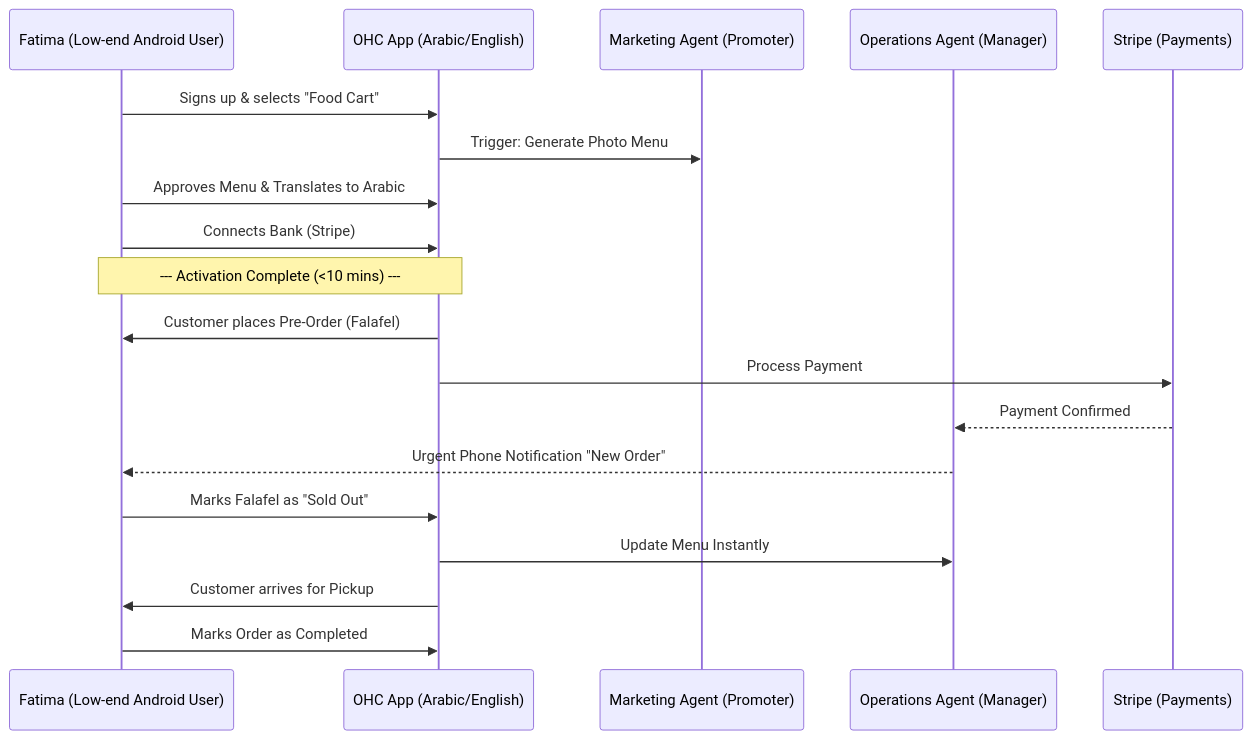
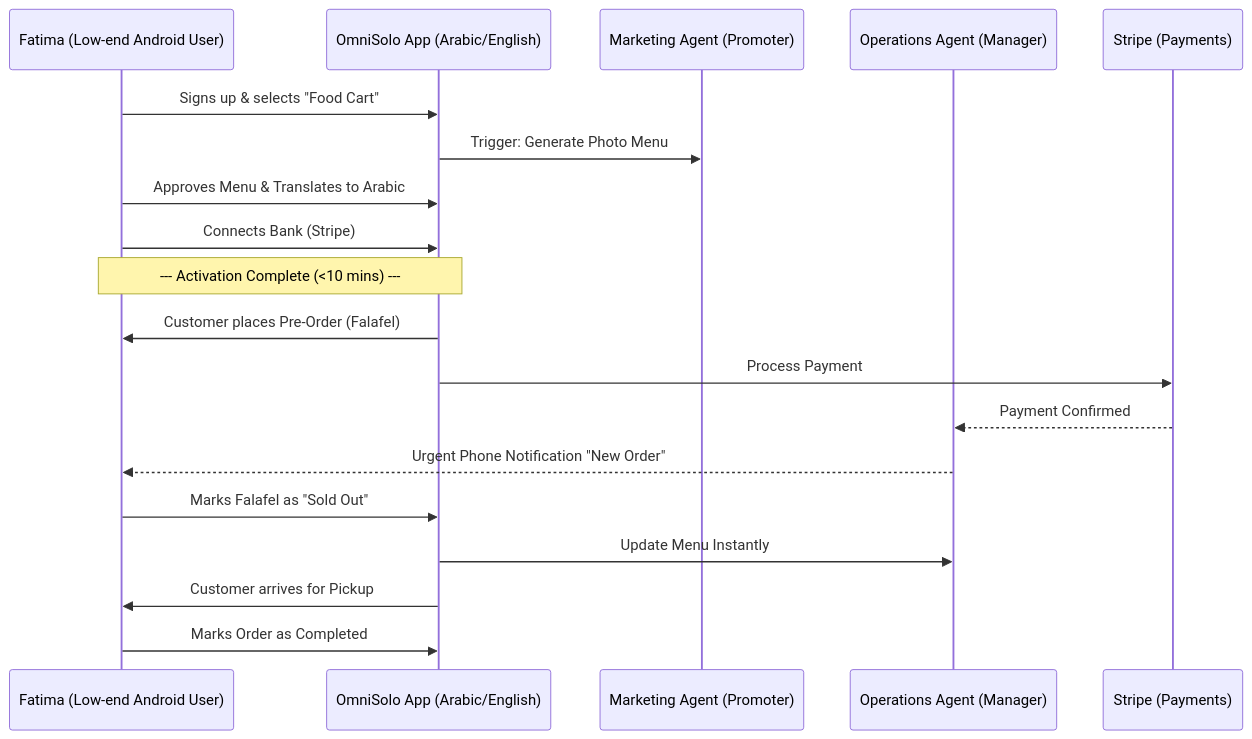
The fifth of 5 diagrams in docs/research/[architecture]_business_journey_design.md (omnisolo-llc/onehumancorp), drawn with Mermaid before and after one commit. The commit also changed other lines of this file and 2191 other files, not shown here.

Commit message:
feat: complete OmniSolo rename and browser audit

````diff
--- a/docs/research/[architecture]_business_journey_design.md
+++ b/docs/research/[architecture]_business_journey_design.md
@@ -165,23 +165,23 @@
 ```mermaid
 sequenceDiagram
     participant F as Fatima (Low-end Android User)
-    participant App as OHC App (Arabic/English)
+    participant App as OmniSolo App (Arabic/English)
     participant MA as Marketing Agent (Promoter)
     participant Op as Operations Agent (Manager)
     participant Stripe as Stripe (Payments)
 
     F->>App: Signs up & selects "Food Cart"
     App->>MA: Trigger: Generate Photo Menu
     F->>App: Approves Menu & Translates to Arabic
     F->>App: Connects Bank (Stripe)
     Note over F, App: --- Activation Complete (<10 mins) ---
 
     App->>F: Customer places Pre-Order (Falafel)
     App->>Stripe: Process Payment
     Stripe-->>Op: Payment Confirmed
     Op-->>F: Urgent Phone Notification "New Order"
     F->>App: Marks Falafel as "Sold Out"
     App->>Op: Update Menu Instantly
     App->>F: Customer arrives for Pickup
     F->>App: Marks Order as Completed
 ```
````
